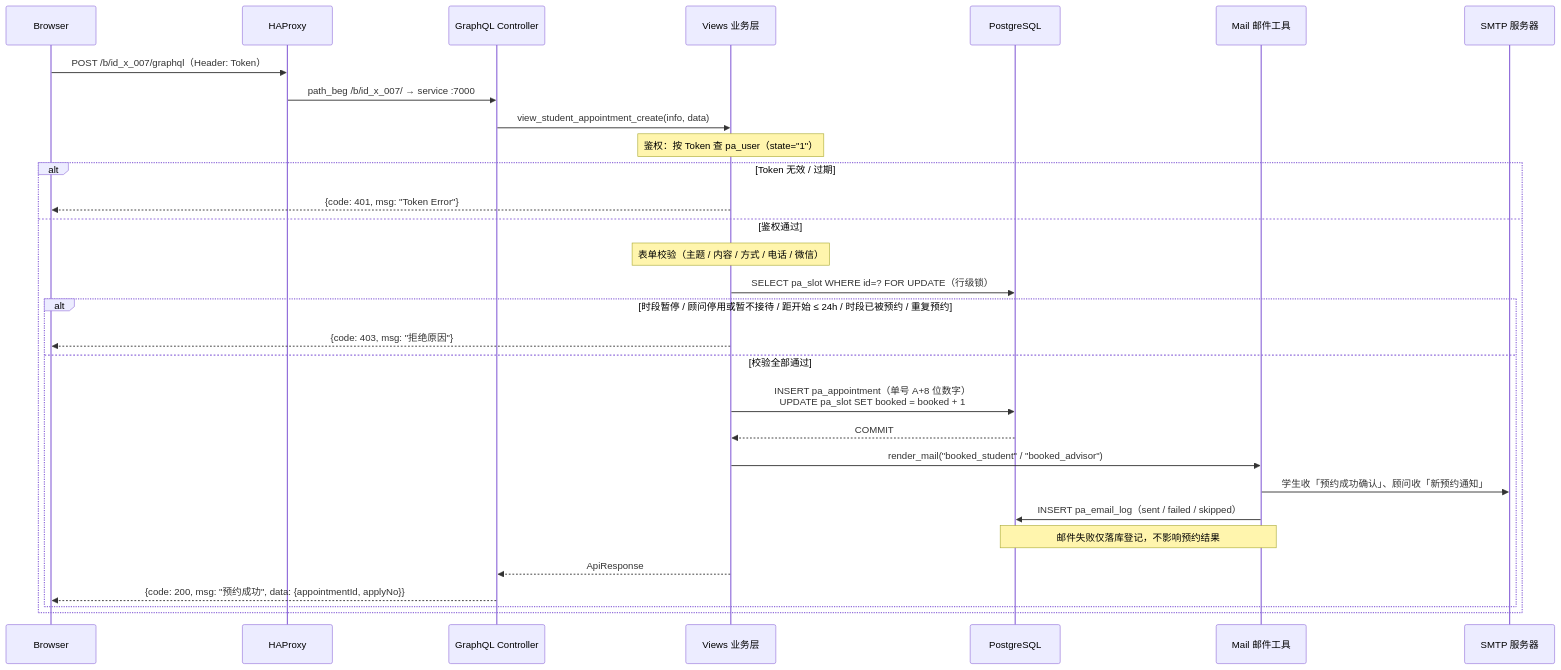
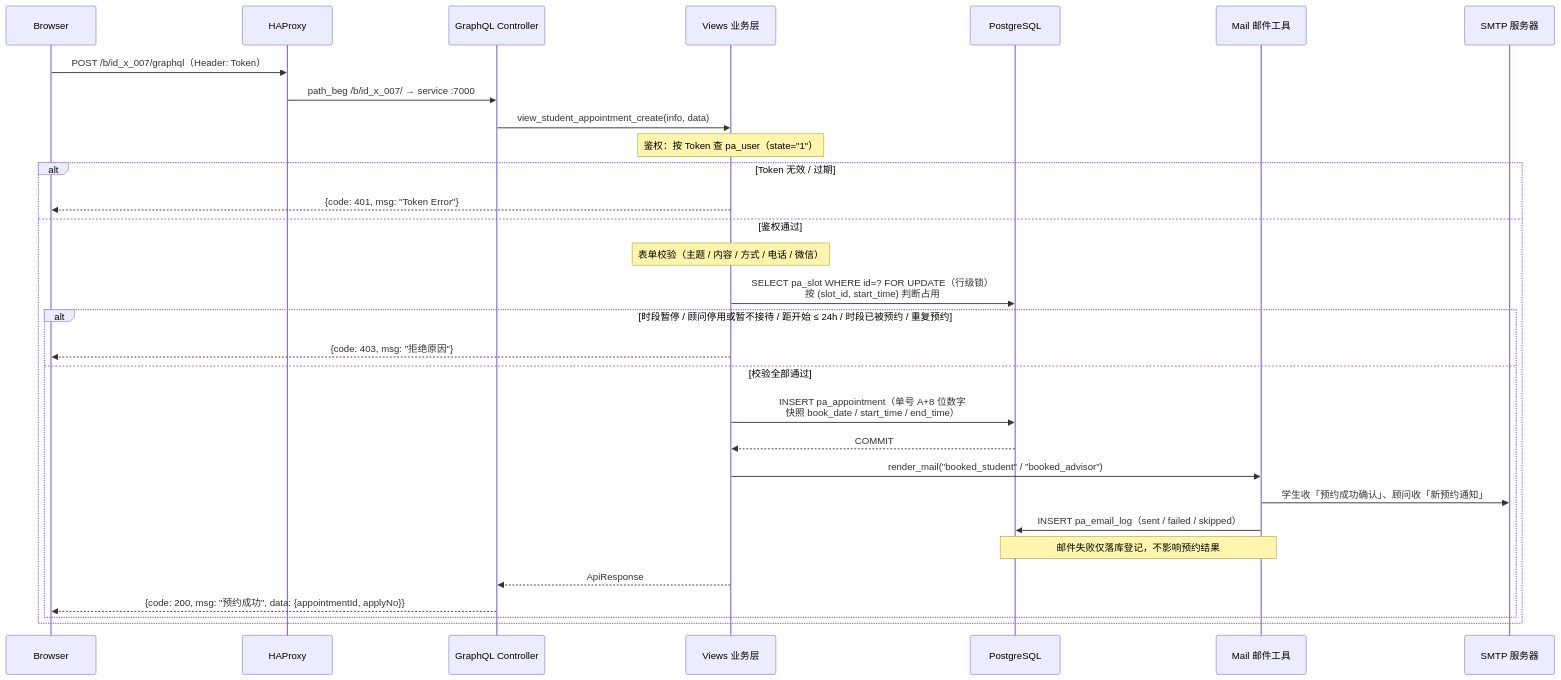
One commit to i-TorchLabs/id_x_007 changed the second of 2 diagrams in README.md. Above: the diagram before and after it, drawn with Mermaid. The commit also changed other lines of this file and 18 other files, not shown here.

````diff
--- a/README.md
+++ b/README.md
@@ -118,33 +119,33 @@
 ```mermaid
 sequenceDiagram
     participant B as Browser
     participant H as HAProxy
     participant GC as GraphQL Controller
     participant V as Views 业务层
     participant PG as PostgreSQL
     participant MAIL as Mail 邮件工具
     participant SMTP as SMTP 服务器
 
     B->>H: POST /b/id_x_007/graphql（Header: Token）
     H->>GC: path_beg /b/id_x_007/ → service :7000
     GC->>V: view_student_appointment_create(info, data)
     Note over V: 鉴权：按 Token 查 pa_user（state="1"）
     alt Token 无效 / 过期
         V-->>B: {code: 401, msg: "Token Error"}
     else 鉴权通过
         Note over V: 表单校验（主题 / 内容 / 方式 / 电话 / 微信）
-        V->>PG: SELECT pa_slot WHERE id=? FOR UPDATE（行级锁）
+        V->>PG: SELECT pa_slot WHERE id=? FOR UPDATE（行级锁）<br/>按 (slot_id, start_time) 判断占用
         alt 时段暂停 / 顾问停用或暂不接待 / 距开始 ≤ 24h / 时段已被预约 / 重复预约
             V-->>B: {code: 403, msg: "拒绝原因"}
         else 校验全部通过
-            V->>PG: INSERT pa_appointment（单号 A+8 位数字）<br/>UPDATE pa_slot SET booked = booked + 1
+            V->>PG: INSERT pa_appointment（单号 A+8 位数字<br/>快照 book_date / start_time / end_time）
             PG-->>V: COMMIT
             V->>MAIL: render_mail("booked_student" / "booked_advisor")
             MAIL->>SMTP: 学生收「预约成功确认」、顾问收「新预约通知」
             MAIL->>PG: INSERT pa_email_log（sent / failed / skipped）
             Note over MAIL,PG: 邮件失败仅落库登记，不影响预约结果
             V-->>GC: ApiResponse
             GC-->>B: {code: 200, msg: "预约成功", data: {appointmentId, applyNo}}
         end
     end
 ```
````
